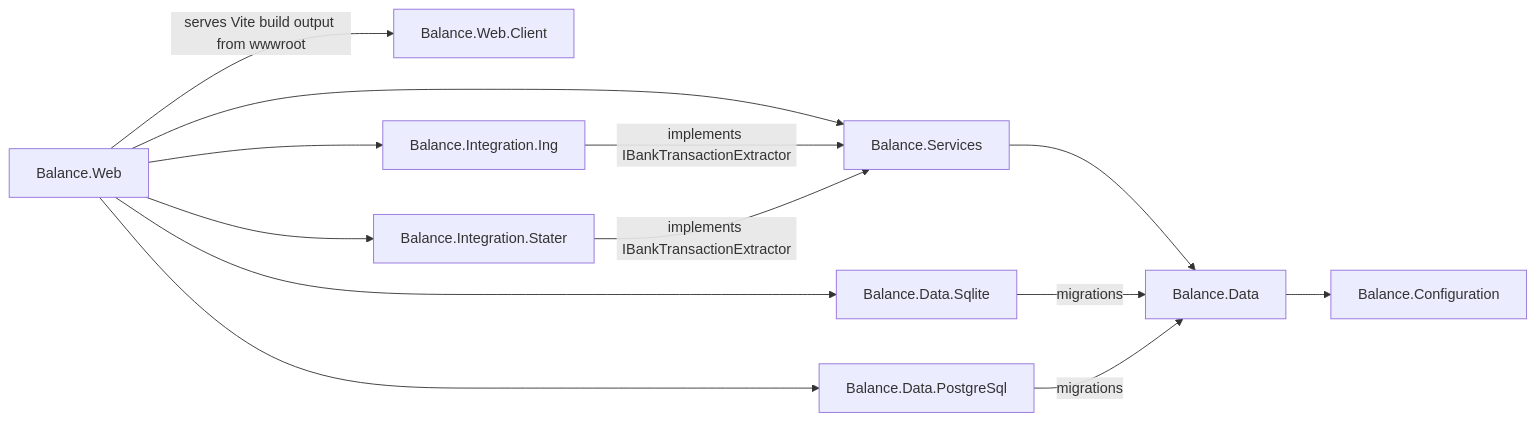
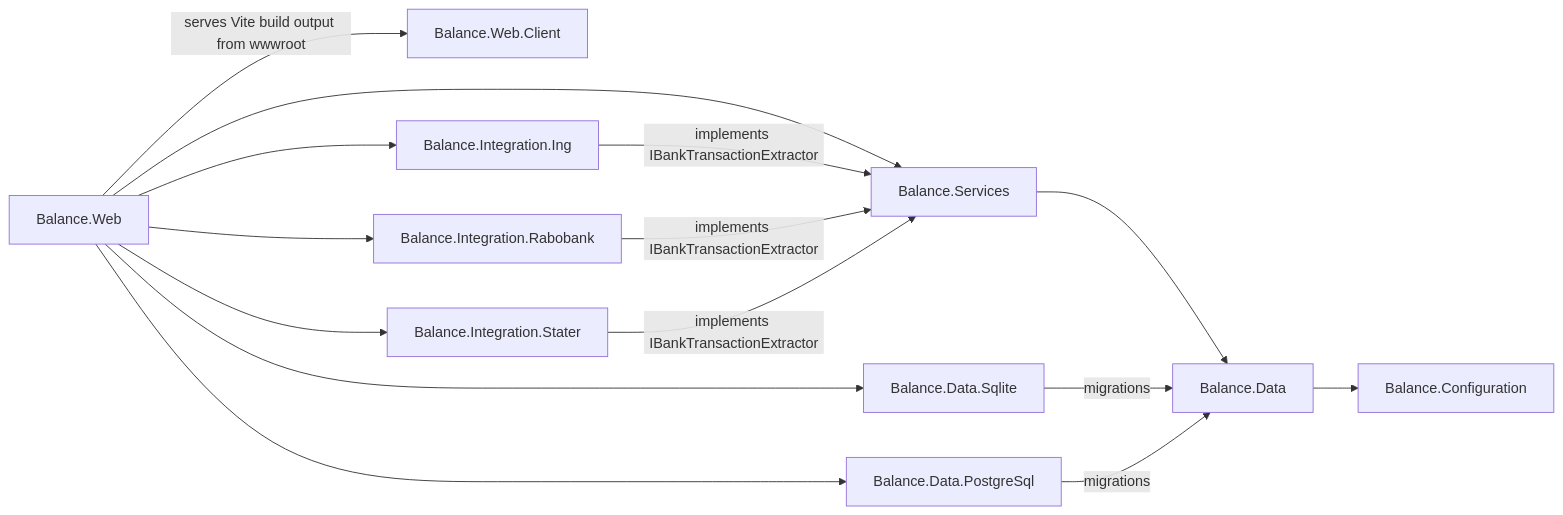
Before and after one commit to balance-budget/balance-budget: the diagram in CLAUDE.md, drawn with Mermaid. The commit also changed other lines of this file and 2 other files, not shown here.

Commit message:
docs: document the Rabobank integration project

````diff
--- a/CLAUDE.md
+++ b/CLAUDE.md
@@ -73,27 +73,30 @@
 ```mermaid
 graph LR
     Web[Balance.Web]
     Client[Balance.Web.Client]
     Services[Balance.Services]
     Data[Balance.Data]
     Configuration[Balance.Configuration]
     Sqlite[Balance.Data.Sqlite]
     Postgres[Balance.Data.PostgreSql]
     IntegrationIng[Balance.Integration.Ing]
+    IntegrationRabobank[Balance.Integration.Rabobank]
     IntegrationStater[Balance.Integration.Stater]
 
     Web -->|serves Vite build output from wwwroot| Client
     Web --> Services
     Services --> Data
     Data --> Configuration
 
     Web --> Sqlite
     Web --> Postgres
     Sqlite -->|migrations| Data
     Postgres -->|migrations| Data
 
     Web --> IntegrationIng
     IntegrationIng -->|implements IBankTransactionExtractor| Services
+    Web --> IntegrationRabobank
+    IntegrationRabobank -->|implements IBankTransactionExtractor| Services
     Web --> IntegrationStater
     IntegrationStater -->|implements IBankTransactionExtractor| Services
 ```
````
